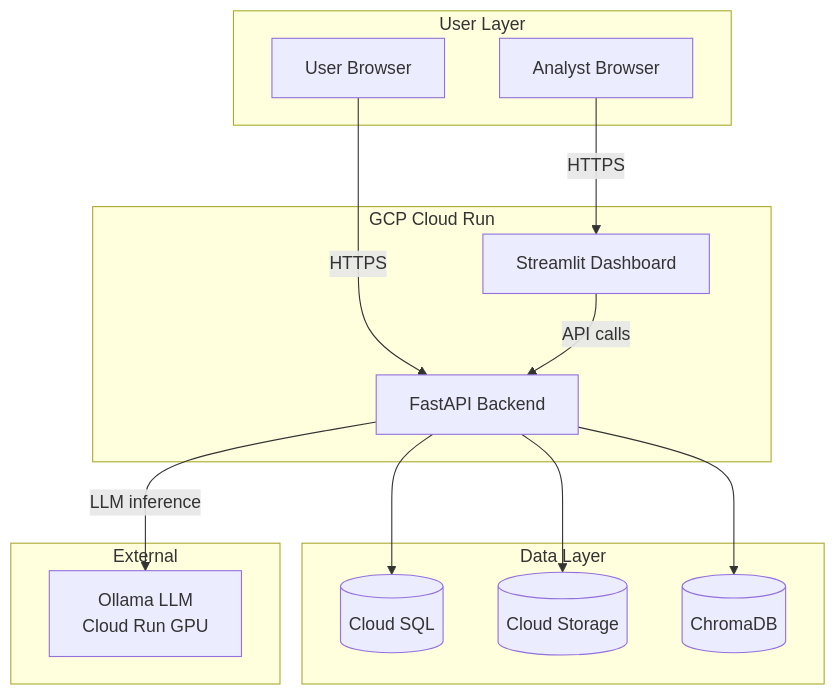
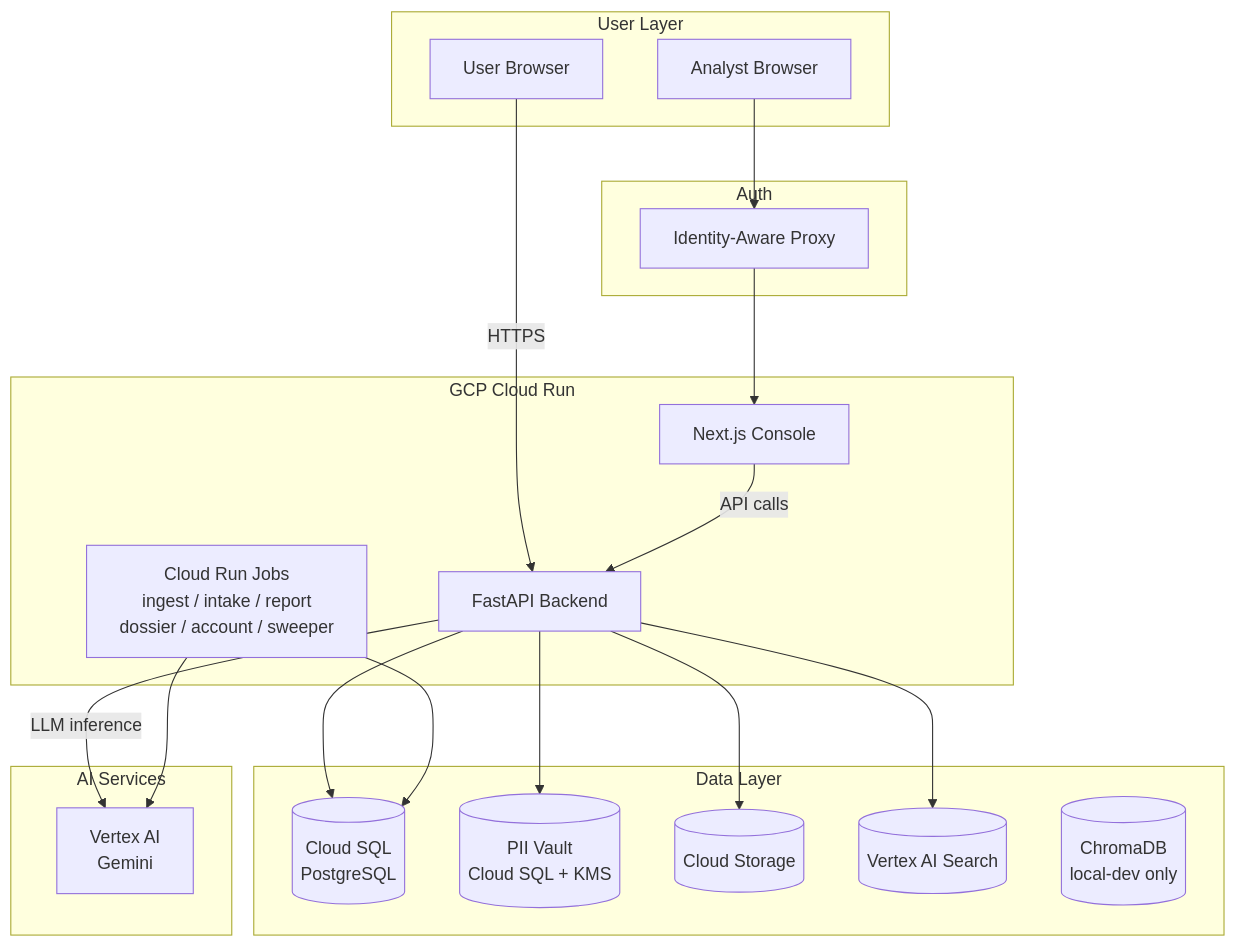
The second of 2 diagrams in prd_production.md (intelligenceforgood/planning), drawn with Mermaid before and after one commit. The commit also changed other lines of this file and 2 other files, not shown here.

````diff
--- a/prd_production.md
+++ b/prd_production.md
@@ -597,30 +598,41 @@
 ```mermaid
 graph TB
     subgraph "User Layer"
         user[User Browser]
         analyst[Analyst Browser]
     end
 
     subgraph "GCP Cloud Run"
+        console[Next.js Console]
         api[FastAPI Backend]
-        dashboard[Streamlit Dashboard]
+        jobs[Cloud Run Jobs<br/>ingest / intake / report<br/>dossier / account / sweeper]
     end
 
     subgraph "Data Layer"
-        cloudsql[(Cloud SQL)]
+        cloudsql[(Cloud SQL<br/>PostgreSQL)]
+        piivault[(PII Vault<br/>Cloud SQL + KMS)]
         gcs[(Cloud Storage)]
-        chroma[(ChromaDB)]
+        vertexsearch[(Vertex AI Search)]
+        chroma[(ChromaDB<br/>local-dev only)]
     end
 
-    subgraph "External"
-        ollama[Ollama LLM<br/>Cloud Run GPU]
+    subgraph "AI Services"
+        vertexai[Vertex AI<br/>Gemini]
+    end
+
+    subgraph "Auth"
+        iap[Identity-Aware Proxy]
     end
 
     user -->|HTTPS| api
-    analyst -->|HTTPS| dashboard
-    dashboard -->|API calls| api
+    analyst --> iap
+    iap --> console
+    console -->|API calls| api
     api --> cloudsql
+    api --> piivault
     api --> gcs
-    api --> chroma
-    api -->|LLM inference| ollama
+    api --> vertexsearch
+    api -->|LLM inference| vertexai
+    jobs --> cloudsql
+    jobs --> vertexai
 ```
````
